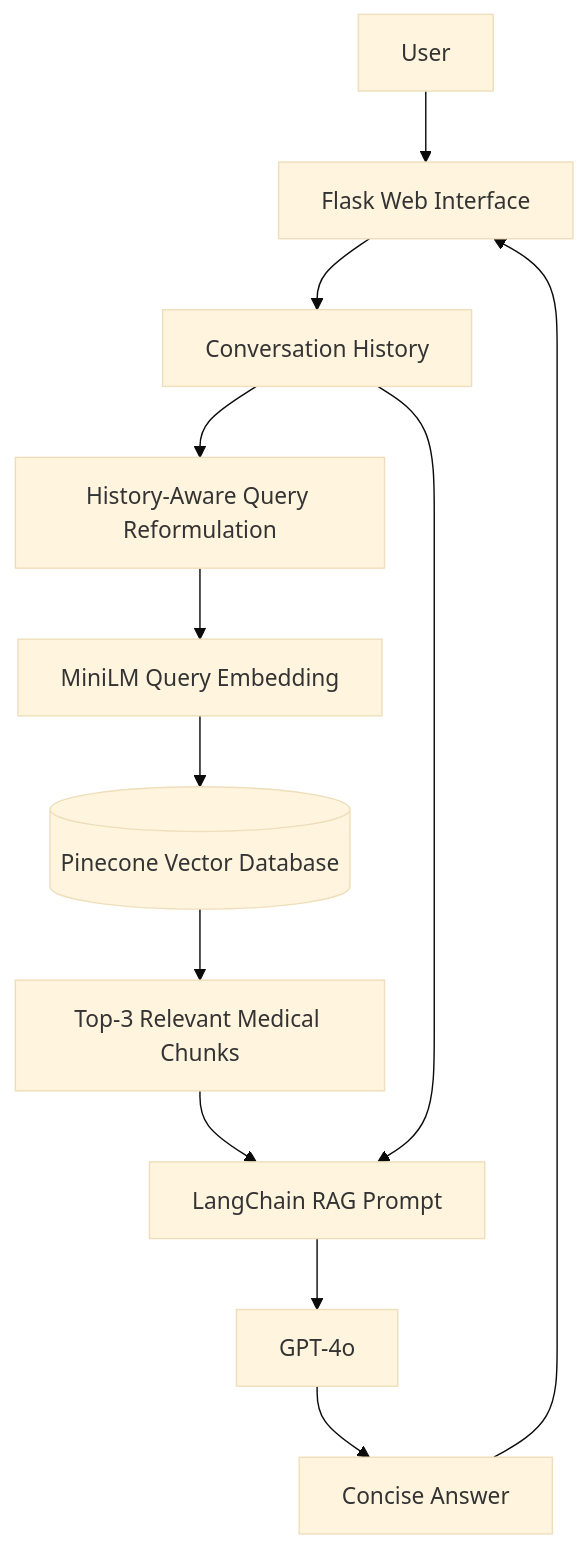
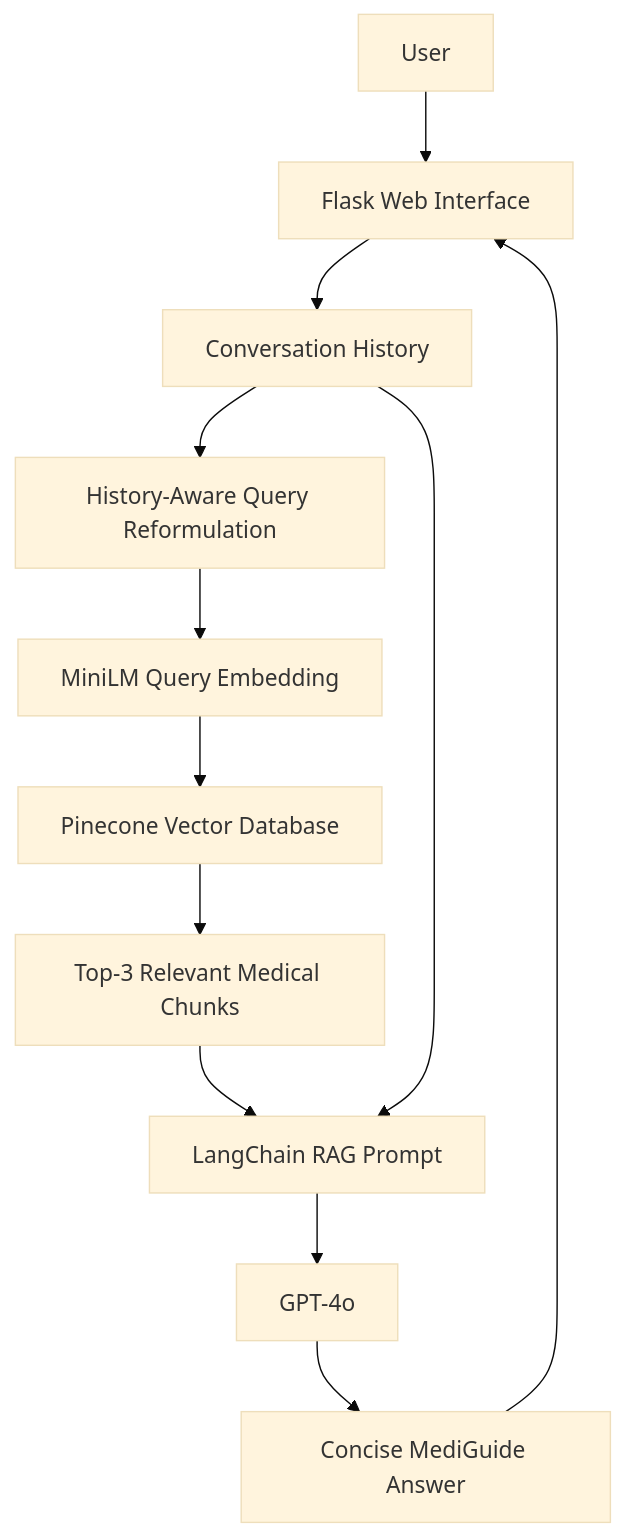
One commit to ACM40960/projects-saurabh-azim changed the first of 3 diagrams in README.md. Above: the diagram before and after it, drawn with Mermaid (base theme). The commit also changed other lines of this file, not shown here.

````diff
--- a/README.md
+++ b/README.md
@@ -74,14 +101,14 @@
 ```mermaid
 flowchart TD
-    A[User] --> B[Flask Web Interface]
-    B --> C[Conversation History]
-    C --> D[History-Aware Query Reformulation]
-    D --> E[MiniLM Query Embedding]
-    E --> F[(Pinecone Vector Database)]
-    F --> G[Top-3 Relevant Medical Chunks]
-    G --> H[LangChain RAG Prompt]
+    A["User"] --> B["Flask Web Interface"]
+    B --> C["Conversation History"]
+    C --> D["History-Aware Query Reformulation"]
+    D --> E["MiniLM Query Embedding"]
+    E --> F["Pinecone Vector Database"]
+    F --> G["Top-3 Relevant Medical Chunks"]
+    G --> H["LangChain RAG Prompt"]
     C --> H
-    H --> I[GPT-4o]
-    I --> J[Concise Answer]
+    H --> I["GPT-4o"]
+    I --> J["Concise MediGuide Answer"]
     J --> B
 ```
````
